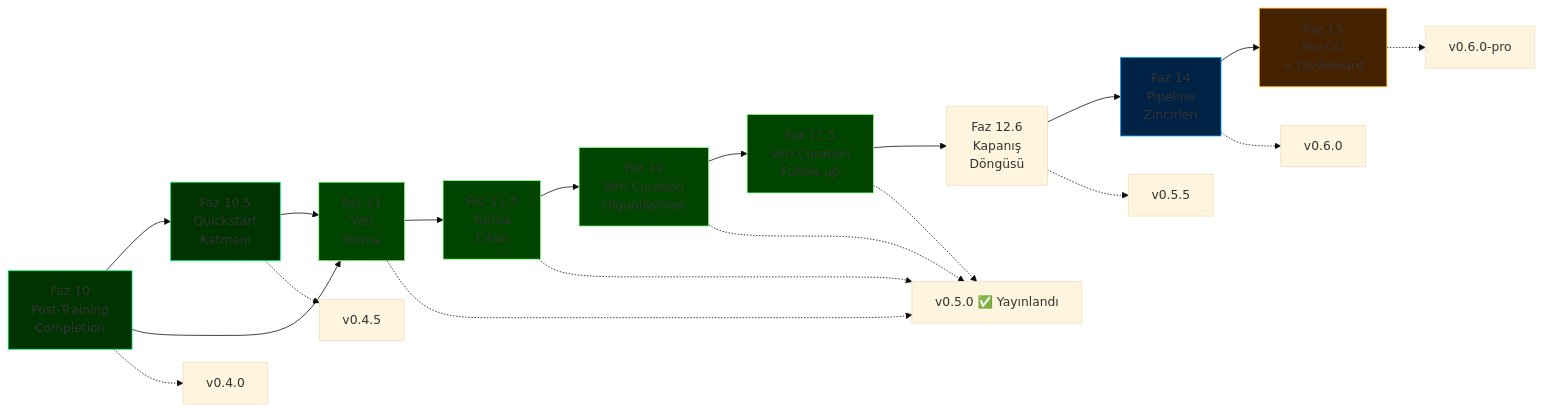
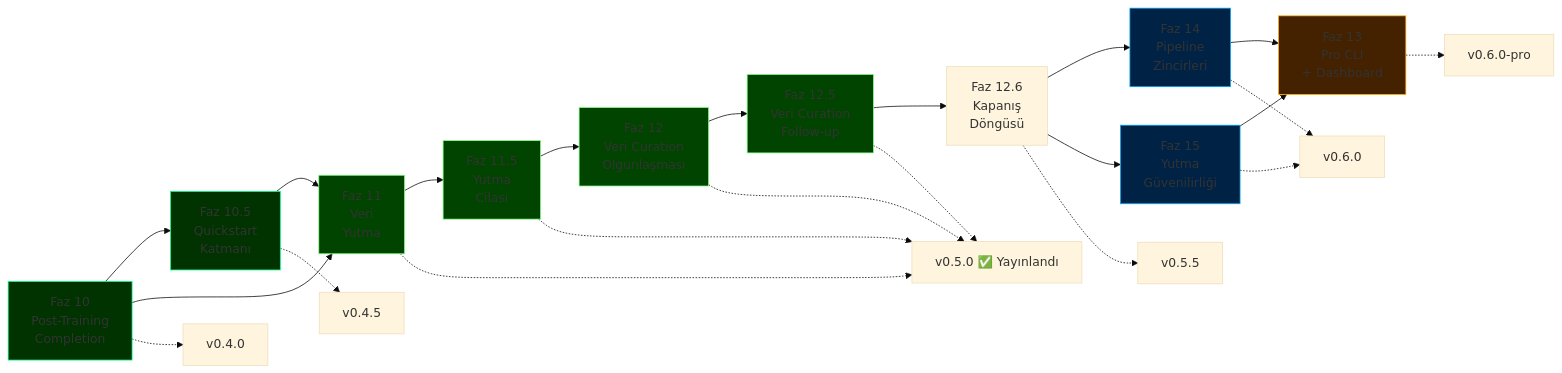
One commit to cemililik/ForgeLM changed the diagram in docs/roadmap-tr.md. Above: the diagram before and after it, drawn with Mermaid (base theme). The commit also changed other lines of this file and 2 other files, not shown here.

Commit message:
feat(roadmap): add Phase 15 — Ingestion Pipeline Reliability details and tasks

````diff
--- a/docs/roadmap-tr.md
+++ b/docs/roadmap-tr.md
@@ -40,31 +43,35 @@
 ```mermaid
 graph LR
     P10[Faz 10<br/>Post-Training<br/>Completion] --> P105[Faz 10.5<br/>Quickstart<br/>Katmanı]
     P10 --> P11[Faz 11<br/>Veri<br/>Yutma]
     P105 --> P11
     P11 --> P115[Faz 11.5<br/>Yutma<br/>Cilası]
     P115 --> P12[Faz 12<br/>Veri Curation<br/>Olgunlaşması]
     P12 --> P125[Faz 12.5<br/>Veri Curation<br/>Follow-up]
     P125 --> P126[Faz 12.6<br/>Kapanış<br/>Döngüsü]
     P126 --> P14[Faz 14<br/>Pipeline<br/>Zincirleri]
+    P126 --> P15[Faz 15<br/>Yutma<br/>Güvenilirliği]
     P14 --> P13[Faz 13<br/>Pro CLI<br/>+ Dashboard]
+    P15 --> P13
 
     P10 -.-> V1[v0.4.0]
     P105 -.-> V15[v0.4.5]
     P11 -.-> V2[v0.5.0 ✅ Yayınlandı]
     P115 -.-> V2
     P12 -.-> V2
     P125 -.-> V2
     P126 -.-> V25[v0.5.5]
     P14 -.-> V23[v0.6.0]
+    P15 -.-> V23
     P13 -.-> V3[v0.6.0-pro]
 
     style P10 fill:#003300,stroke:#00ff88
     style P105 fill:#003300,stroke:#00ff88
     style P11 fill:#004400,stroke:#88ff88
     style P115 fill:#004400,stroke:#88ff88
     style P12 fill:#004400,stroke:#88ff88
     style P125 fill:#004400,stroke:#88ff88
     style P14 fill:#002244,stroke:#00aaff
+    style P15 fill:#002244,stroke:#00aaff
     style P13 fill:#442200,stroke:#ffaa00
 ```
````
